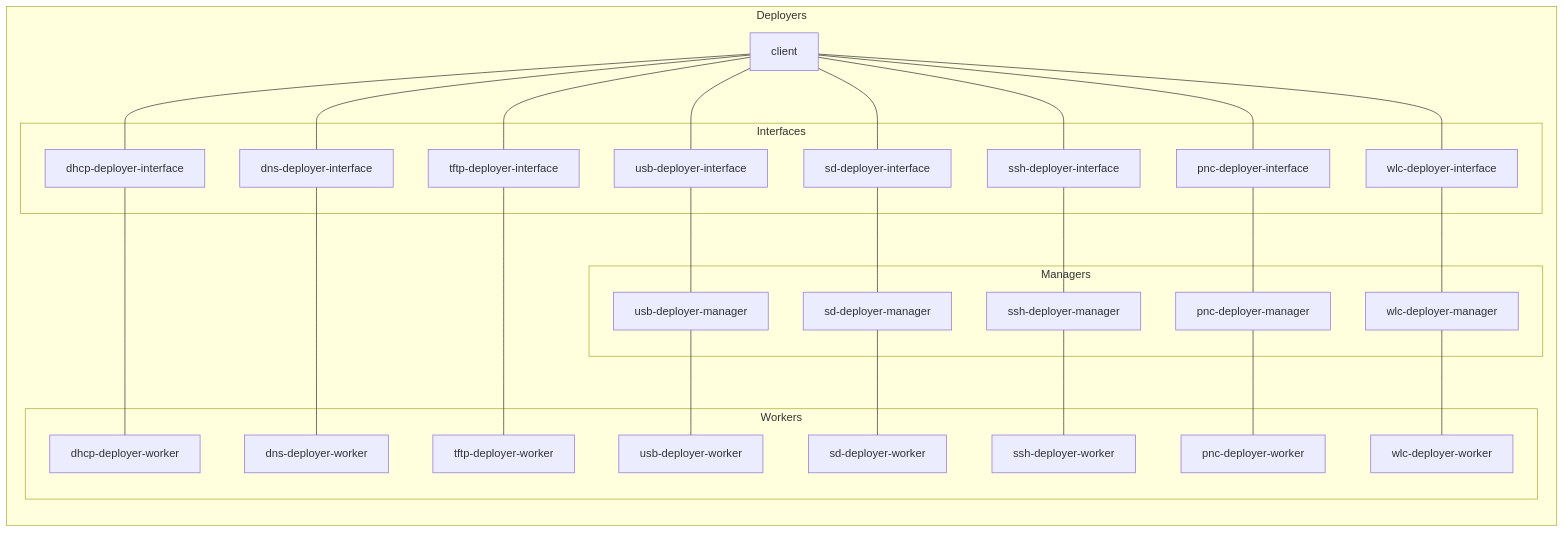
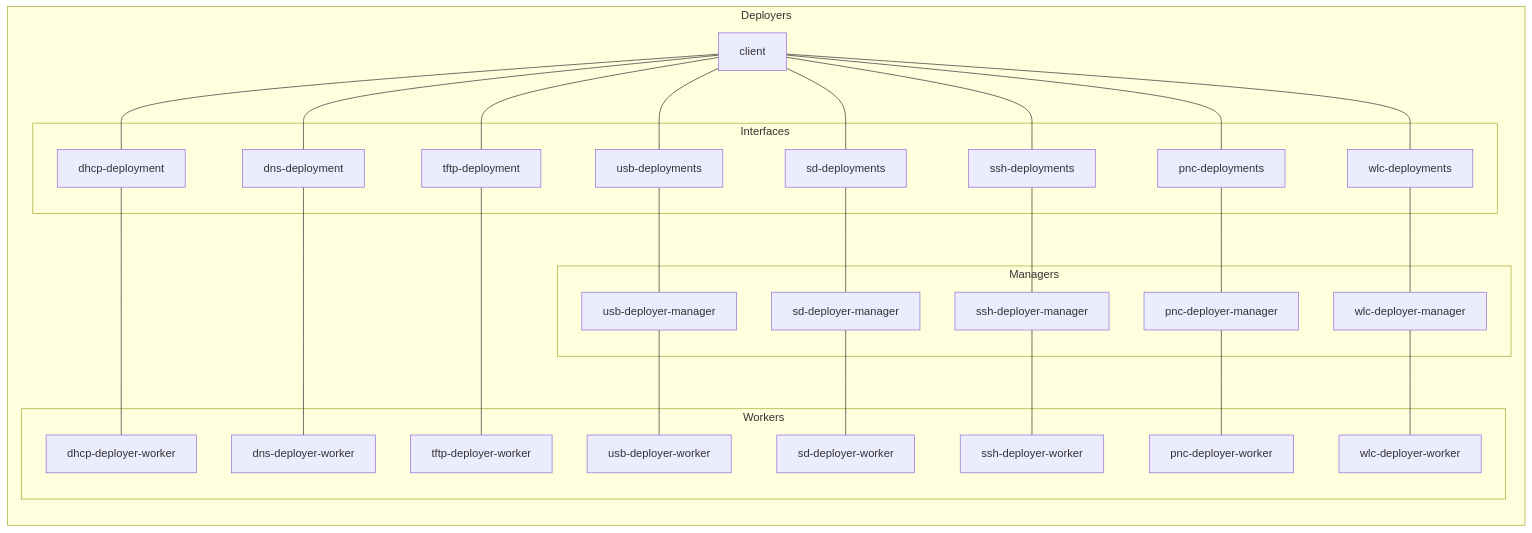
One commit to pojntfx/notes changed the third of 4 diagrams in src/2019/09/cluster-platform-new-architecture-diagram-overview.md. Above: the diagram before and after it, drawn with Mermaid. The commit also changed other lines of this file, not shown here.

Commit message:
refactor(notes): Add endpoints as interface names

````diff
--- a/src/2019/09/cluster-platform-new-architecture-diagram-overview.md
+++ b/src/2019/09/cluster-platform-new-architecture-diagram-overview.md
@@ -84,66 +92,66 @@
 ```mermaid
 graph LR
     subgraph Deployers
         client
 
         subgraph Interfaces
-            dhcp-deployer-interface
-            dns-deployer-interface
-            usb-deployer-interface
-            sd-deployer-interface
-            tftp-deployer-interface
-            ssh-deployer-interface
-            pnc-deployer-interface
-            wlc-deployer-interface
+            dhcp-deployer-interface[dhcp-deployment]
+            dns-deployer-interface[dns-deployment]
+            usb-deployer-interface[usb-deployments]
+            sd-deployer-interface[sd-deployments]
+            tftp-deployer-interface[tftp-deployment]
+            ssh-deployer-interface[ssh-deployments]
+            pnc-deployer-interface[pnc-deployments]
+            wlc-deployer-interface[wlc-deployments]
         end
 
         subgraph Managers
             usb-deployer-manager
             sd-deployer-manager
             ssh-deployer-manager
             pnc-deployer-manager
             wlc-deployer-manager
         end
 
         subgraph Workers
             dhcp-deployer-worker
             dns-deployer-worker
             tftp-deployer-worker
             usb-deployer-worker
             sd-deployer-worker
             ssh-deployer-worker
             pnc-deployer-worker
             wlc-deployer-worker
         end
 
         client --- dhcp-deployer-interface
         client --- dns-deployer-interface
         client --- usb-deployer-interface
         client --- sd-deployer-interface
         client --- tftp-deployer-interface
         client --- ssh-deployer-interface
         client --- pnc-deployer-interface
         client --- wlc-deployer-interface
 
         dhcp-deployer-interface --- dhcp-deployer-worker
 
         dns-deployer-interface --- dns-deployer-worker
 
         tftp-deployer-interface --- tftp-deployer-worker
 
         usb-deployer-interface --- usb-deployer-manager
         usb-deployer-manager --- usb-deployer-worker
 
         sd-deployer-interface --- sd-deployer-manager
         sd-deployer-manager --- sd-deployer-worker
 
         ssh-deployer-interface --- ssh-deployer-manager
         ssh-deployer-manager --- ssh-deployer-worker
 
         pnc-deployer-interface --- pnc-deployer-manager
         pnc-deployer-manager --- pnc-deployer-worker
 
         wlc-deployer-interface --- wlc-deployer-manager
         wlc-deployer-manager --- wlc-deployer-worker
     end
 ```
````
